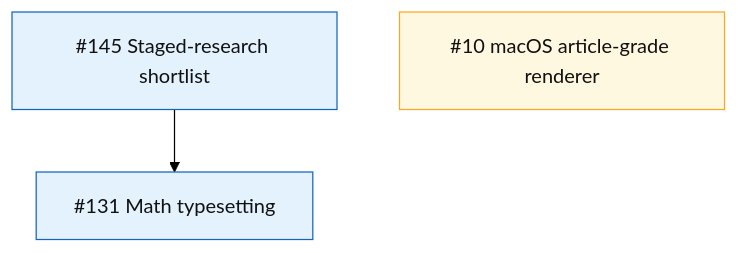
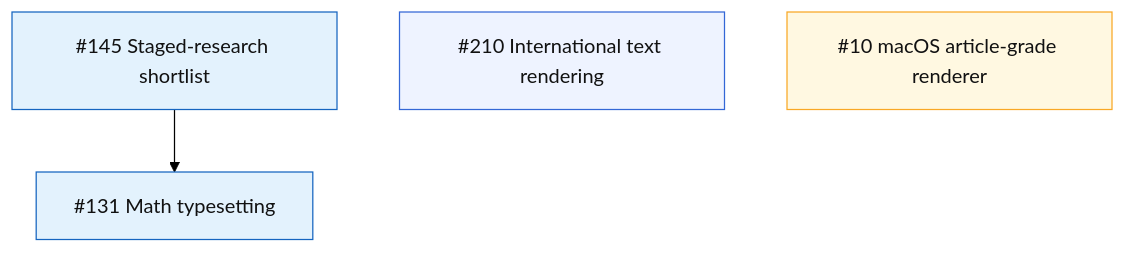
Before and after one commit to mihaelamj/MarkdownPDF: the second of 5 diagrams in README.md, drawn with Mermaid (forest theme). The commit also changed other lines of this file, not shown here.

First line of the commit message:
docs: document text-coverage gaps and file the international-text epic

````diff
--- a/README.md
+++ b/README.md
@@ -458,17 +490,20 @@
 ```mermaid
 flowchart TD
     E145["#145 Staged-research shortlist"]
     E131["#131 Math typesetting"]
+    E210["#210 International text rendering"]
     E10["#10 macOS article-grade renderer"]
 
     E145 --> E131
+    E210
     E10
 
     classDef done fill:#e8f5e9,stroke:#2e7d32,color:#111;
     classDef active fill:#e3f2fd,stroke:#1565c0,color:#111;
     classDef review fill:#f3e5f5,stroke:#7b1fa2,color:#111;
     classDef next fill:#fff8e1,stroke:#f9a825,color:#111;
     classDef todo fill:#eef3ff,stroke:#3367d6,color:#111;
     class E145,E131 active;
     class E10 next;
+    class E210 todo;
 ```
````
